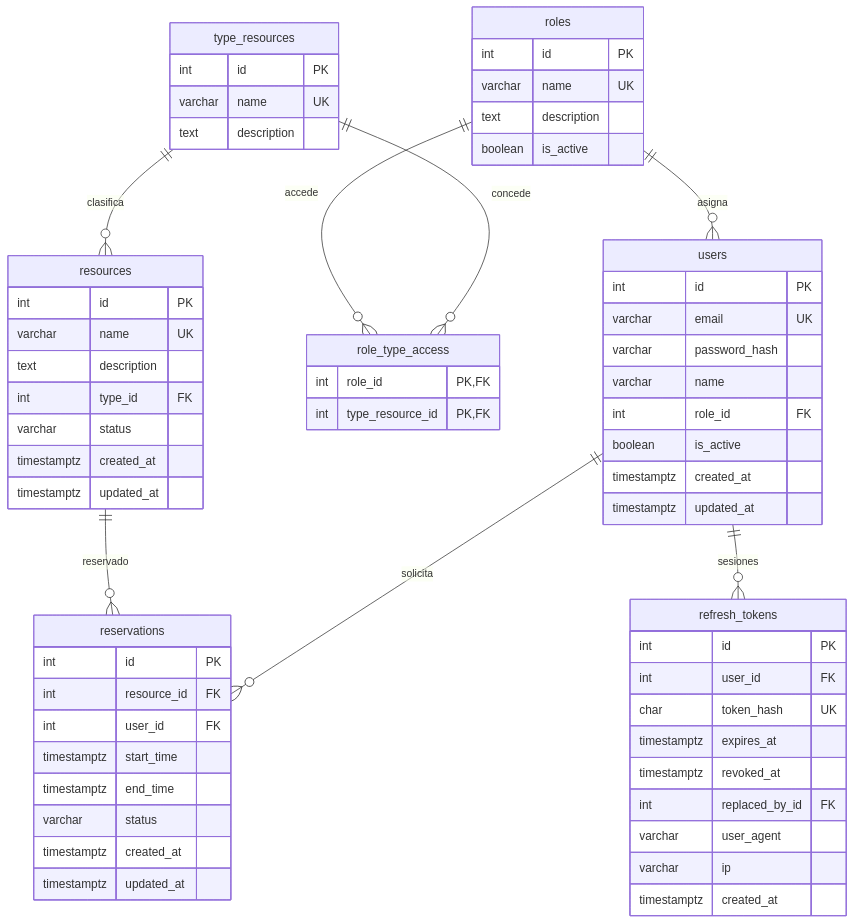
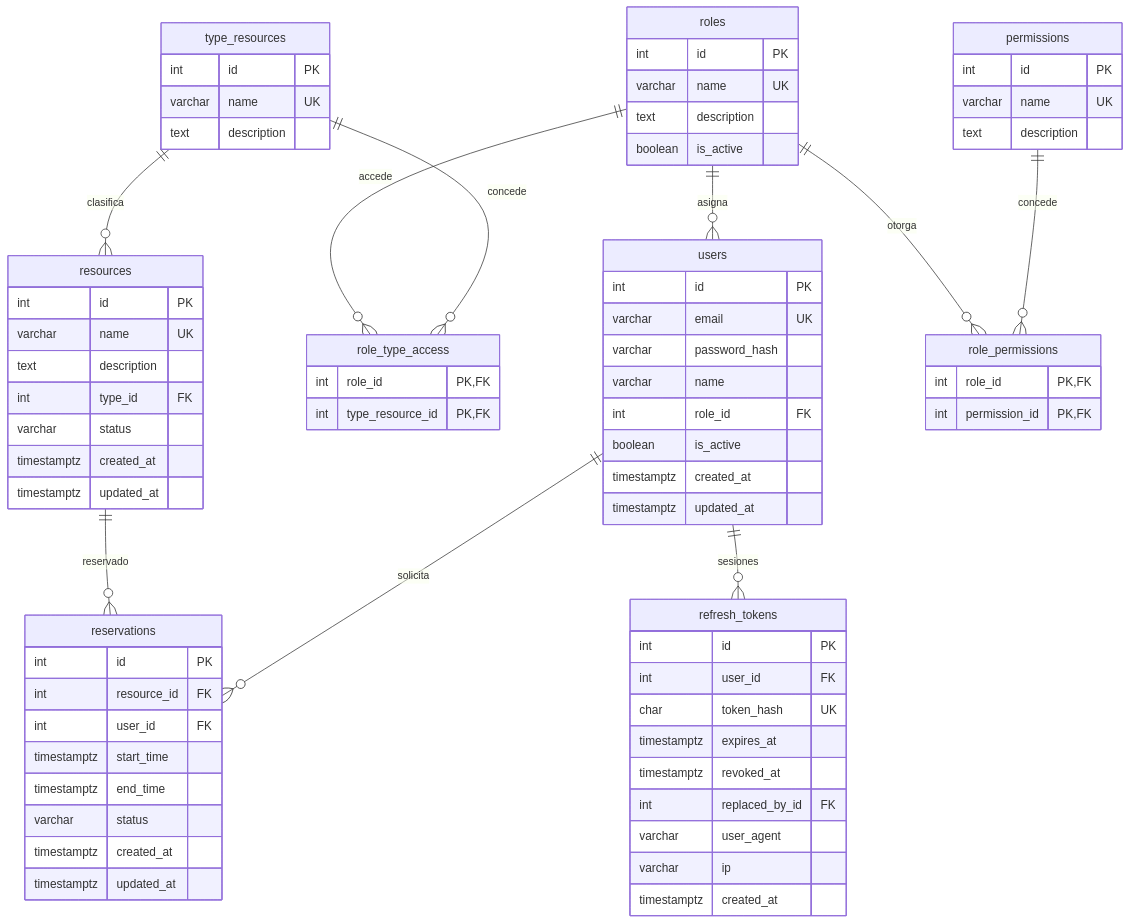
One commit to jakuco/jorge-eiteck-prueba-tecnica-reservations changed the diagram in README.md. Above: the diagram before and after it, drawn with Mermaid. The commit also changed other lines of this file, not shown here.

Commit message:
docs(readme): D4 y modelo (9 tablas) con role_permissions

````diff
--- a/README.md
+++ b/README.md
@@ -230,66 +227,77 @@
 ```mermaid
 erDiagram
     roles ||--o{ users : "asigna"
     roles ||--o{ role_type_access : "accede"
     type_resources ||--o{ role_type_access : "concede"
     type_resources ||--o{ resources : "clasifica"
     resources ||--o{ reservations : "reservado"
     users ||--o{ reservations : "solicita"
     users ||--o{ refresh_tokens : "sesiones"
+    roles ||--o{ role_permissions : "otorga"
+    permissions ||--o{ role_permissions : "concede"
 
     roles {
         int id PK
         varchar name UK
         text description
         boolean is_active
     }
     users {
         int id PK
         varchar email UK
         varchar password_hash
         varchar name
         int role_id FK
         boolean is_active
         timestamptz created_at
         timestamptz updated_at
     }
     type_resources {
         int id PK
         varchar name UK
         text description
     }
     role_type_access {
         int role_id PK,FK
         int type_resource_id PK,FK
     }
     resources {
         int id PK
         varchar name UK
         text description
         int type_id FK
         varchar status
         timestamptz created_at
         timestamptz updated_at
     }
     reservations {
         int id PK
         int resource_id FK
         int user_id FK
         timestamptz start_time
         timestamptz end_time
         varchar status
         timestamptz created_at
         timestamptz updated_at
     }
     refresh_tokens {
         int id PK
         int user_id FK
         char token_hash UK
         timestamptz expires_at
         timestamptz revoked_at
         int replaced_by_id FK
         varchar user_agent
         varchar ip
         timestamptz created_at
     }
+    permissions {
+        int id PK
+        varchar name UK
+        text description
+    }
+    role_permissions {
+        int role_id PK,FK
+        int permission_id PK,FK
+    }
 ```
````
